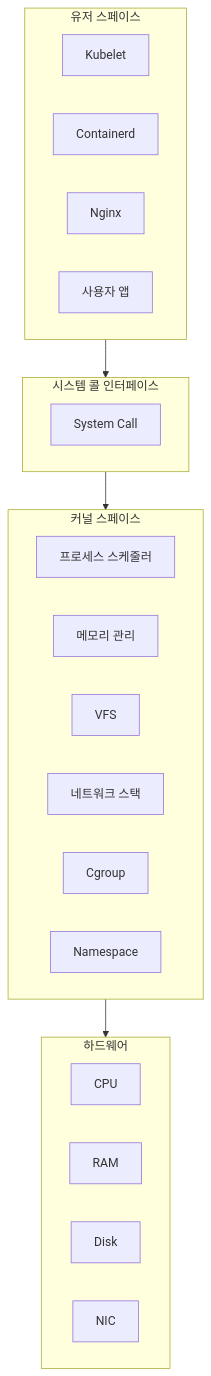
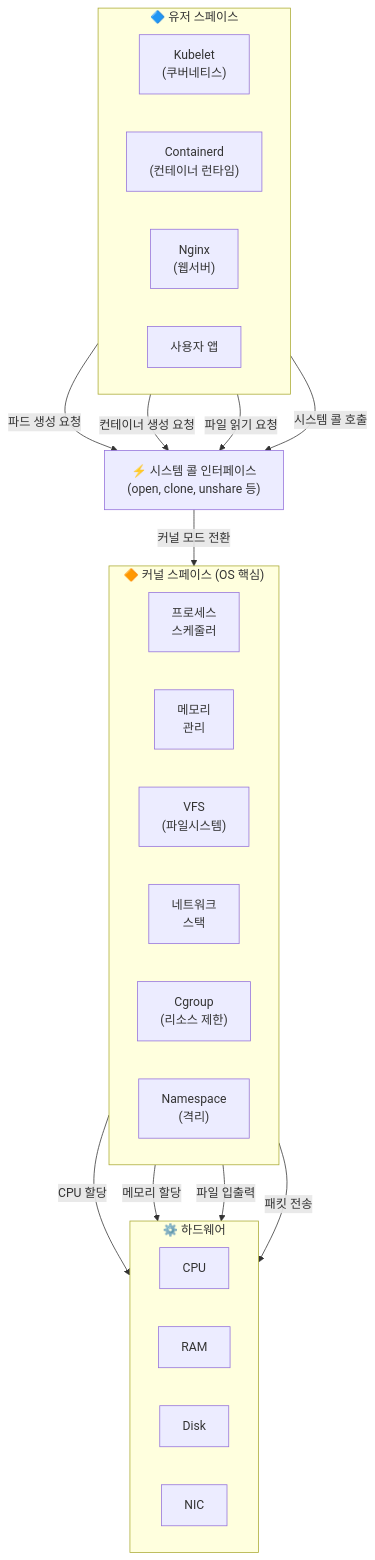
Before and after one commit to juwon8891/juwon8891.github.io: the first of 3 diagrams in docs/container/linux-kernel-container.md, drawn with Mermaid. The commit also changed other lines of this file, not shown here.

First line of the commit message:
docs: Improve Mermaid diagram readability in Container documentation

````diff
--- a/docs/container/linux-kernel-container.md
+++ b/docs/container/linux-kernel-container.md
@@ -31,33 +31,42 @@
 ```mermaid
 graph TB
-    subgraph UserSpace["유저 스페이스"]
-        Kubelet[Kubelet]
-        Containerd[Containerd]
-        Nginx[Nginx]
-        App[사용자 앱]
+    subgraph UserSpace["🔷 유저 스페이스"]
+        direction LR
+        Kubelet["Kubelet<br/>(쿠버네티스)"]
+        Containerd["Containerd<br/>(컨테이너 런타임)"]
+        Nginx["Nginx<br/>(웹서버)"]
+        App["사용자 앱"]
     end
     
-    subgraph Boundary["시스템 콜 인터페이스"]
-        SysCall[System Call]
+    SysCall["⚡ 시스템 콜 인터페이스<br/>(open, clone, unshare 등)"]
+    
+    subgraph KernelSpace["🔶 커널 스페이스 (OS 핵심)"]
+        direction LR
+        Scheduler["프로세스<br/>스케줄러"]
+        Memory["메모리<br/>관리"]
+        VFS["VFS<br/>(파일시스템)"]
+        Network["네트워크<br/>스택"]
+        Cgroup["Cgroup<br/>(리소스 제한)"]
+        Namespace["Namespace<br/>(격리)"]
     end
     
-    subgraph KernelSpace["커널 스페이스"]
-        Scheduler[프로세스 스케줄러]
-        Memory[메모리 관리]
-        VFS[VFS]
-        Network[네트워크 스택]
-        Cgroup[Cgroup]
-        Namespace[Namespace]
-    end
-    
-    subgraph Hardware["하드웨어"]
+    subgraph Hardware["⚙️ 하드웨어"]
+        direction LR
         CPU[CPU]
         RAM[RAM]
         Disk[Disk]
         NIC[NIC]
     end
     
-    UserSpace --> Boundary
-    Boundary --> KernelSpace
-    KernelSpace --> Hardware
+    Kubelet -->|파드 생성 요청| SysCall
+    Containerd -->|컨테이너 생성 요청| SysCall
+    Nginx -->|파일 읽기 요청| SysCall
+    App -->|시스템 콜 호출| SysCall
+    
+    SysCall -->|커널 모드 전환| KernelSpace
+    
+    Scheduler -->|CPU 할당| CPU
+    Memory -->|메모리 할당| RAM
+    VFS -->|파일 입출력| Disk
+    Network -->|패킷 전송| NIC
 ```
````
